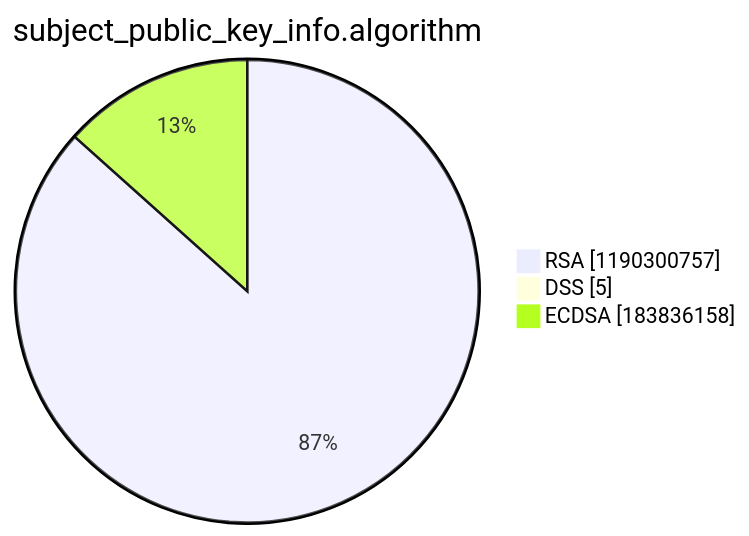
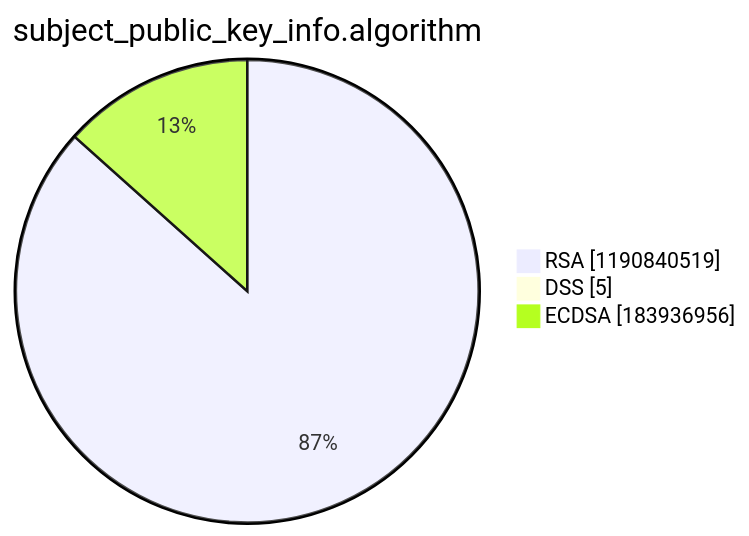
One commit to christiankrug/ctmonitor_visualization changed the third of 15 diagrams in argon2022/README.md. Above: the diagram before and after it, drawn with Mermaid. The commit also changed other lines of this file, not shown here.

````diff
--- a/argon2022/README.md
+++ b/argon2022/README.md
@@ -14,7 +14,7 @@
 ```mermaid
 pie showData
 title subject_public_key_info.algorithm
-"RSA" :1190300757
+"RSA" :1190840519
 "DSS" :5
-"ECDSA" :183836158
+"ECDSA" :183936956
 ```
````
